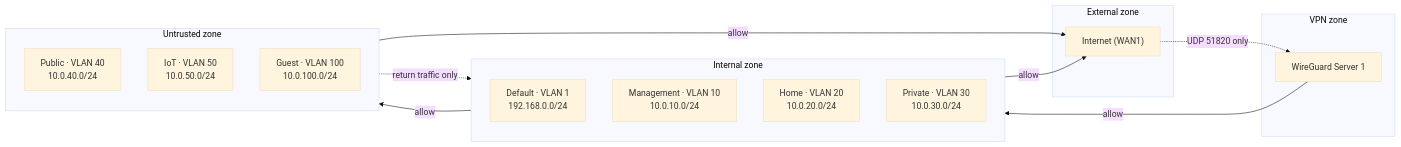
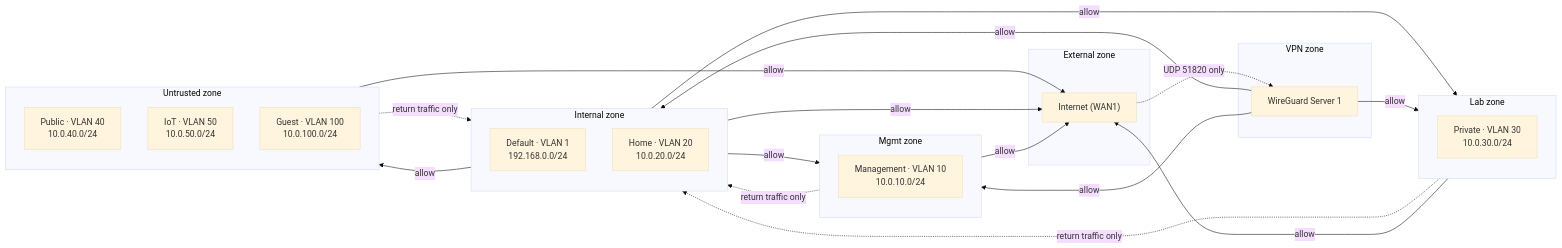
One commit to shaaz-f/home-server changed the second of 2 diagrams in README.md. Above: the diagram before and after it, drawn with Mermaid (base theme). The commit also changed other lines of this file and 3 other files, not shown here.

Commit message:
Document Lab and Mgmt firewall zones

````diff
--- a/README.md
+++ b/README.md
@@ -52,27 +52,39 @@
 ```mermaid
 flowchart LR
     subgraph EXT["External zone"]
         WAN["Internet (WAN1)"]
     end
     subgraph INT["Internal zone"]
         DEF["Default · VLAN 1<br/>192.168.0.0/24"]
+        HOME["Home · VLAN 20<br/>10.0.20.0/24"]
+    end
+    subgraph MGZ["Mgmt zone"]
         MGMT["Management · VLAN 10<br/>10.0.10.0/24"]
-        HOME["Home · VLAN 20<br/>10.0.20.0/24"]
+    end
+    subgraph LABZ["Lab zone"]
         PRIV["Private · VLAN 30<br/>10.0.30.0/24"]
     end
     subgraph UNT["Untrusted zone"]
         PUB["Public · VLAN 40<br/>10.0.40.0/24"]
         IOT["IoT · VLAN 50<br/>10.0.50.0/24"]
         GST["Guest · VLAN 100<br/>10.0.100.0/24"]
     end
     subgraph VPNZ["VPN zone"]
         WG["WireGuard Server 1"]
     end
 
+    INT -- "allow" --> MGZ
+    INT -- "allow" --> LABZ
     INT -- "allow" --> UNT
+    MGZ -. "return traffic only" .-> INT
+    LABZ -. "return traffic only" .-> INT
     UNT -. "return traffic only" .-> INT
     UNT -- "allow" --> WAN
     INT -- "allow" --> WAN
+    MGZ -- "allow" --> WAN
+    LABZ -- "allow" --> WAN
     WG -- "allow" --> INT
+    WG -- "allow" --> MGZ
+    WG -- "allow" --> LABZ
     WAN -. "UDP 51820 only" .-> WG
 ```
````
